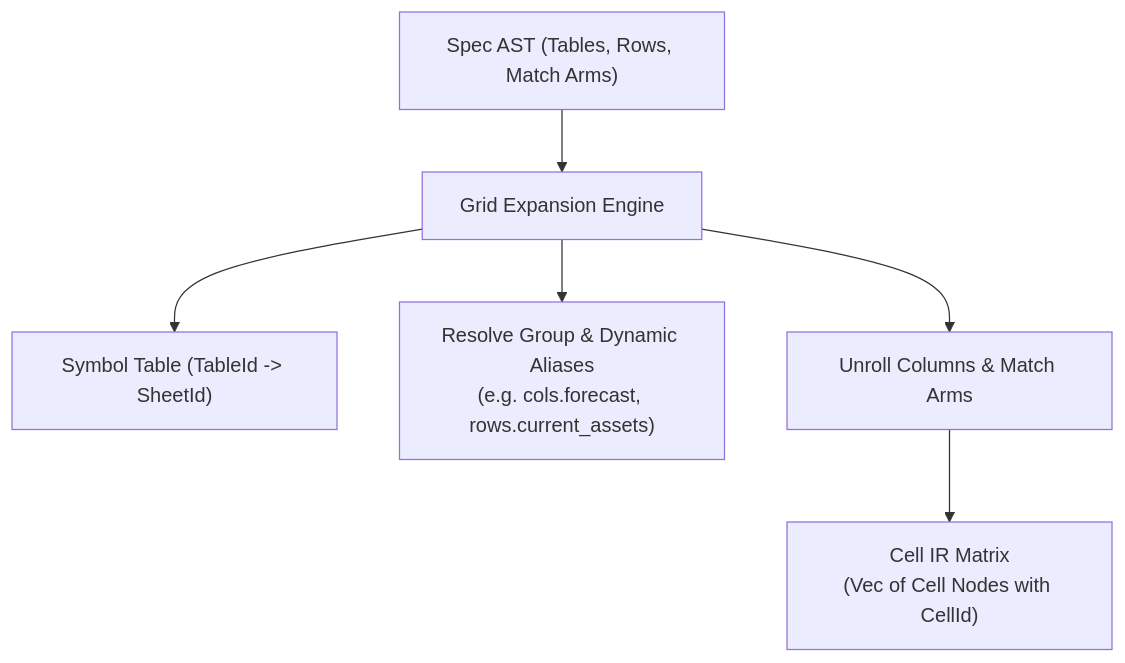
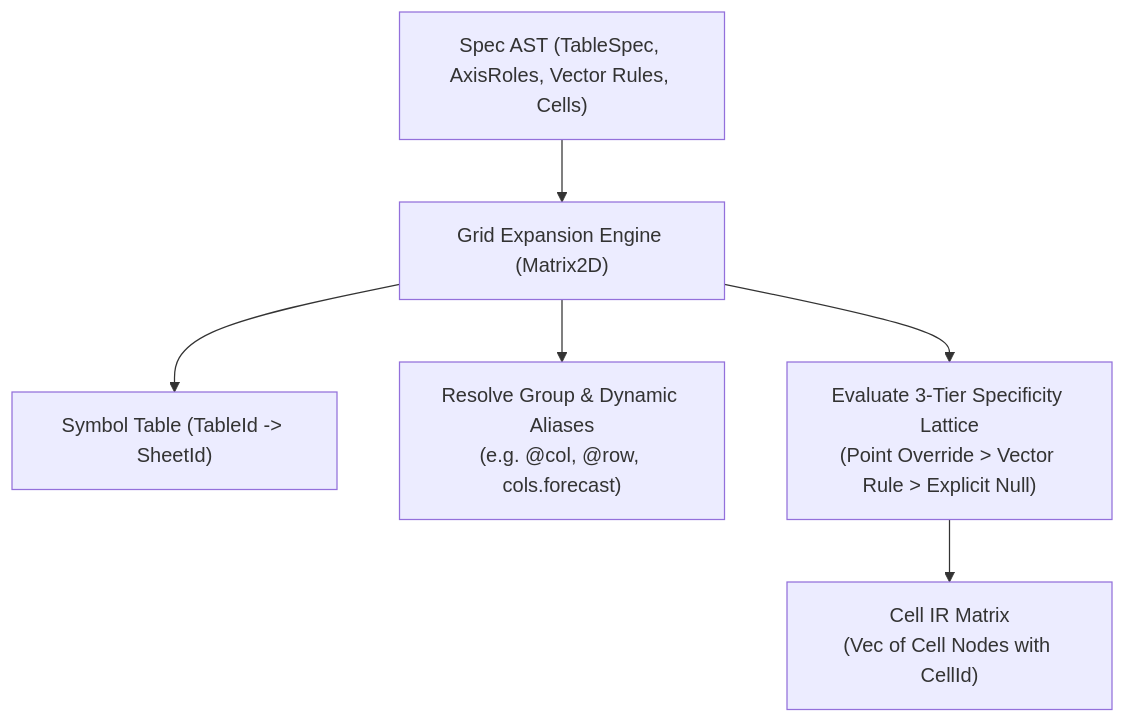
The diagram in docs/compiler/ir.md (mhcfa/f8), drawn with Mermaid before and after one commit. The commit also changed other lines of this file and 11 other files, not shown here.

````diff
--- a/docs/compiler/ir.md
+++ b/docs/compiler/ir.md
@@ -40,8 +40,8 @@
 ```mermaid
 flowchart TD
-    A["Spec AST (Tables, Rows, Match Arms)"] --> B["Grid Expansion Engine"]
+    A["Spec AST (TableSpec, AxisRoles, Vector Rules, Cells)"] --> B["Grid Expansion Engine (Matrix2D)"]
     B --> C["Symbol Table (TableId -> SheetId)"]
-    B --> D["Resolve Group & Dynamic Aliases\n(e.g. cols.forecast, rows.current_assets)"]
-    B --> E["Unroll Columns & Match Arms"]
+    B --> D["Resolve Group & Dynamic Aliases\n(e.g. @col, @row, cols.forecast)"]
+    B --> E["Evaluate 3-Tier Specificity Lattice\n(Point Override > Vector Rule > Explicit Null)"]
     E --> F["Cell IR Matrix\n(Vec of Cell Nodes with CellId)"]
 ```
````
